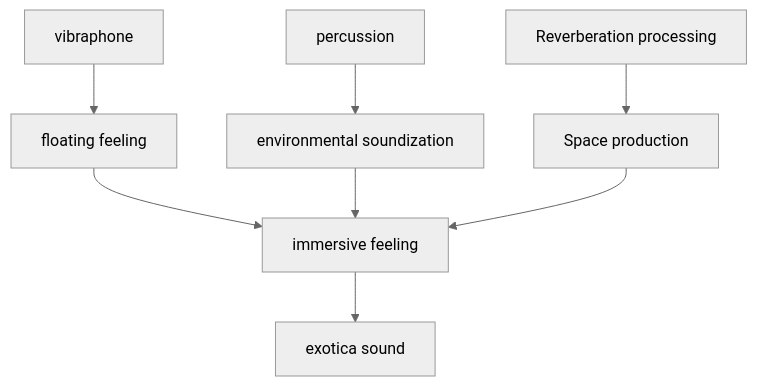
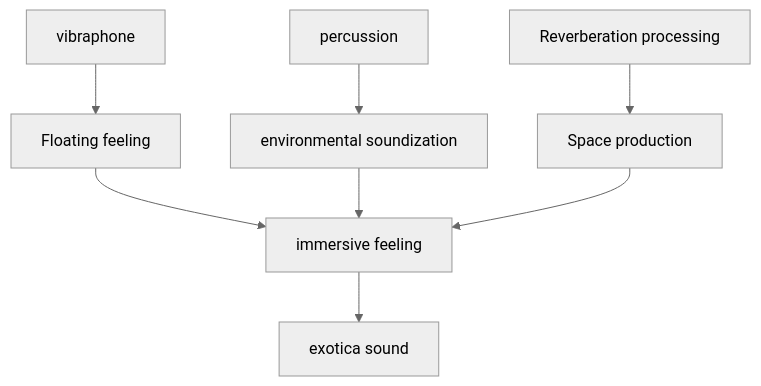
Before and after one commit to monumental-movement/monumental-movement.github.io: the fourth of 8 diagrams in en/_posts/2026-05-24-column-martin-denny.md, drawn with Mermaid (neutral theme). The commit also changed other lines of this file and 497 other files, not shown here.

```diff
--- a/en/_posts/2026-05-24-column-martin-denny.md
+++ b/en/_posts/2026-05-24-column-martin-denny.md
@@ -230,10 +230,10 @@
 <div class="mermaid">
 flowchart TD
-A[vibraphone] --> D[floating feeling]
+A[vibraphone] --> D[Floating feeling]
 B[percussion] --> E[environmental soundization]
 C[Reverberation processing] --> F[Space production]
 D --> G[immersive feeling]
 E --> G
 F --> G
 G --> H[exotica sound]
 </div>
```
